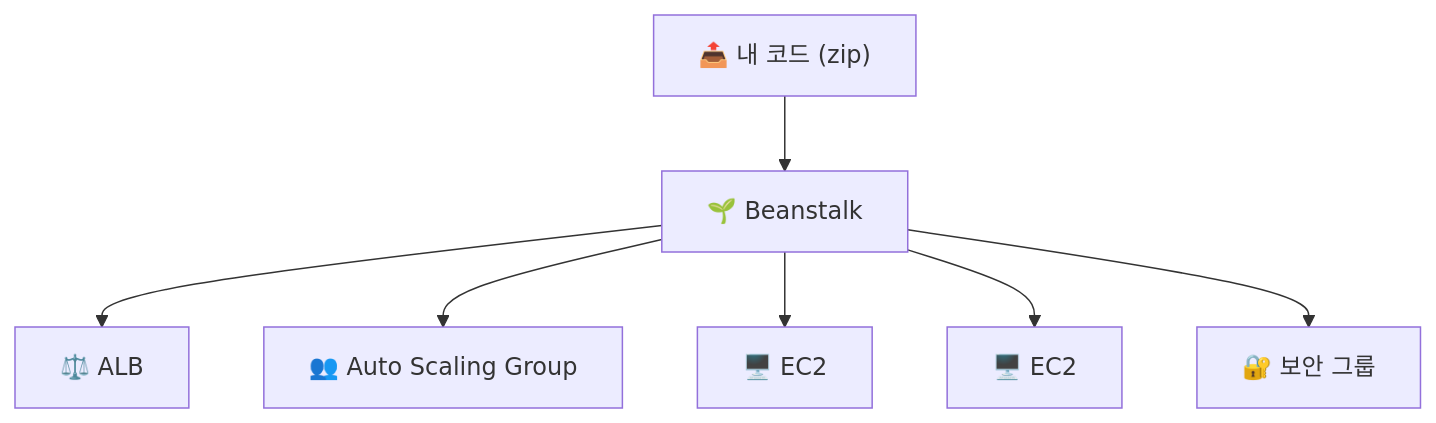
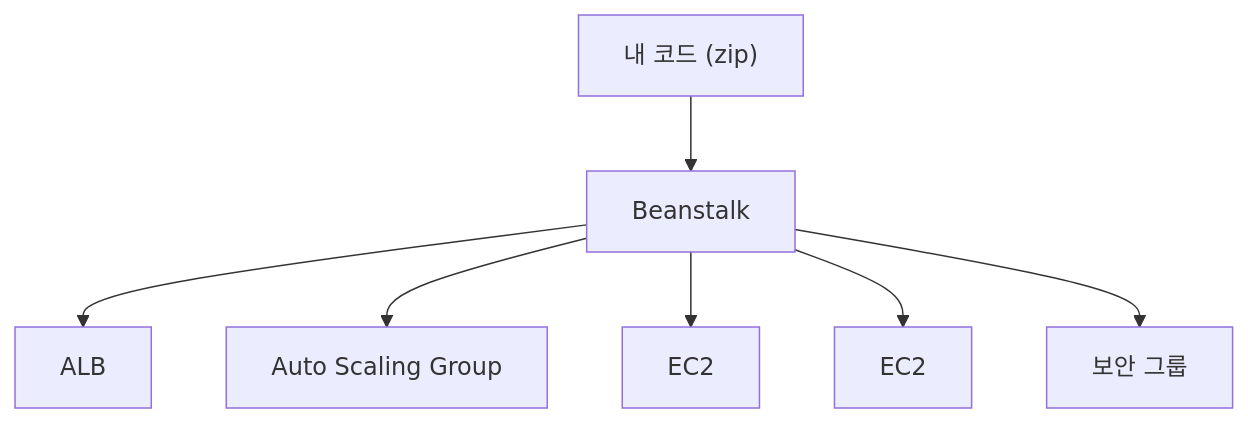
One commit to una0801/yoona-tech changed the second of 2 diagrams in contents/aws/compute/beanstalk/index.mdx. Above: the diagram before and after it, drawn with Mermaid. The commit also changed other lines of this file and 56 other files, not shown here.

````diff
--- a/contents/aws/compute/beanstalk/index.mdx
+++ b/contents/aws/compute/beanstalk/index.mdx
@@ -62,9 +46,9 @@
 ```mermaid
 flowchart TB
-    Code["📤 내 코드 (zip)"] --> EB["🌱 Beanstalk"]
-    EB --> ALB["⚖️ ALB"]
-    EB --> ASG["👥 Auto Scaling Group"]
-    EB --> EC2A["🖥️ EC2"]
-    EB --> EC2B["🖥️ EC2"]
-    EB --> SG["🔐 보안 그룹"]
+    Code["내 코드 (zip)"] --> EB["Beanstalk"]
+    EB --> ALB["ALB"]
+    EB --> ASG["Auto Scaling Group"]
+    EB --> EC2A["EC2"]
+    EB --> EC2B["EC2"]
+    EB --> SG["보안 그룹"]
 ```
````
